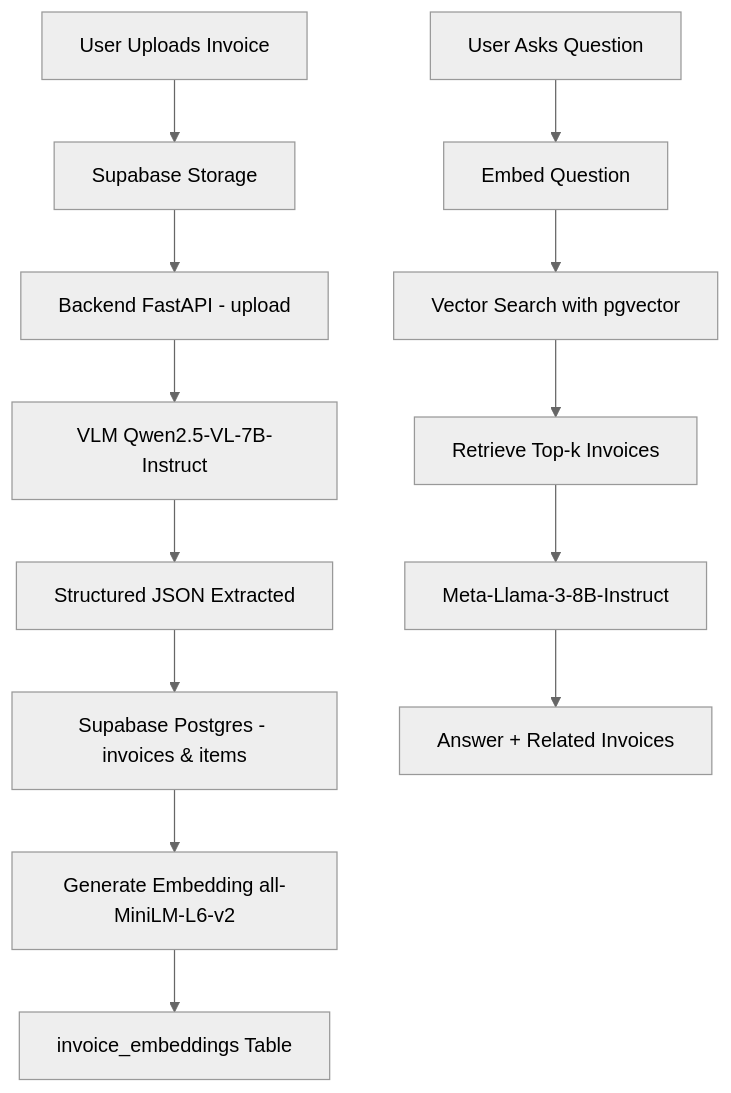
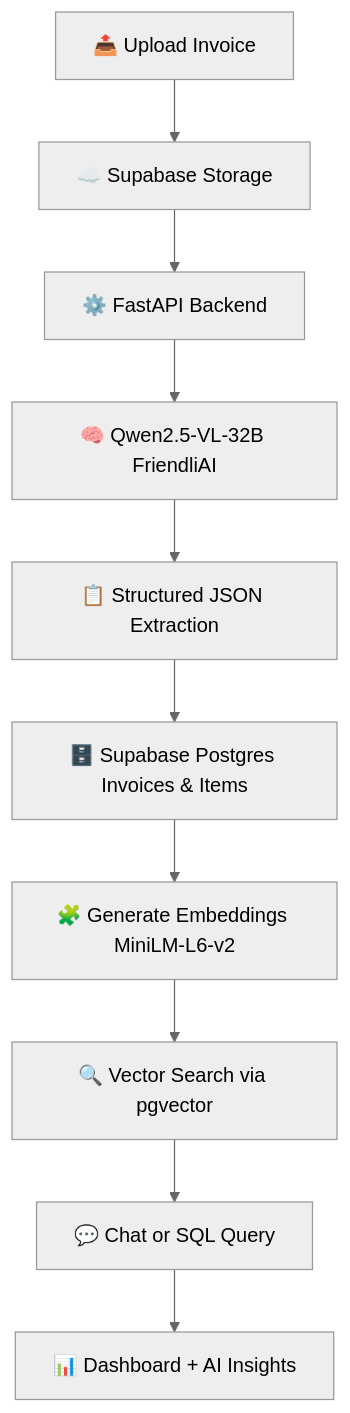
One commit to AI-AugToOct/capstone-project-invoice-mangement-system changed the diagram in Readme.md. Above: the diagram before and after it, drawn with Mermaid (neutral theme). The commit also changed other lines of this file, not shown here.

````diff
--- a/Readme.md
+++ b/Readme.md
@@ -58,15 +42,12 @@
 ```mermaid
 flowchart TD
-    A[User Uploads Invoice] --> B[Supabase Storage]
-    B --> C[Backend FastAPI - upload]
-    C --> D[VLM Qwen2.5-VL-7B-Instruct]
-    D --> E[Structured JSON Extracted]
-    E --> F[Supabase Postgres - invoices & items]
-    F --> G[Generate Embedding all-MiniLM-L6-v2]
-    G --> H[invoice_embeddings Table]
-    Q[User Asks Question] --> R[Embed Question]
-    R --> S[Vector Search with pgvector]
-    S --> T[Retrieve Top-k Invoices]
-    T --> U[Meta-Llama-3-8B-Instruct]
-    U --> V[Answer + Related Invoices]
+    A[📤 Upload Invoice] --> B[☁️ Supabase Storage]
+    B --> C[⚙️ FastAPI Backend]
+    C --> D[🧠 Qwen2.5-VL-32B FriendliAI]
+    D --> E[📋 Structured JSON Extraction]
+    E --> F[🗄️ Supabase Postgres Invoices & Items]
+    F --> G[🧩 Generate Embeddings MiniLM-L6-v2]
+    G --> H[🔍 Vector Search via pgvector]
+    H --> I[💬 Chat or SQL Query]
+    I --> J[📊 Dashboard + AI Insights]
 ```
````
